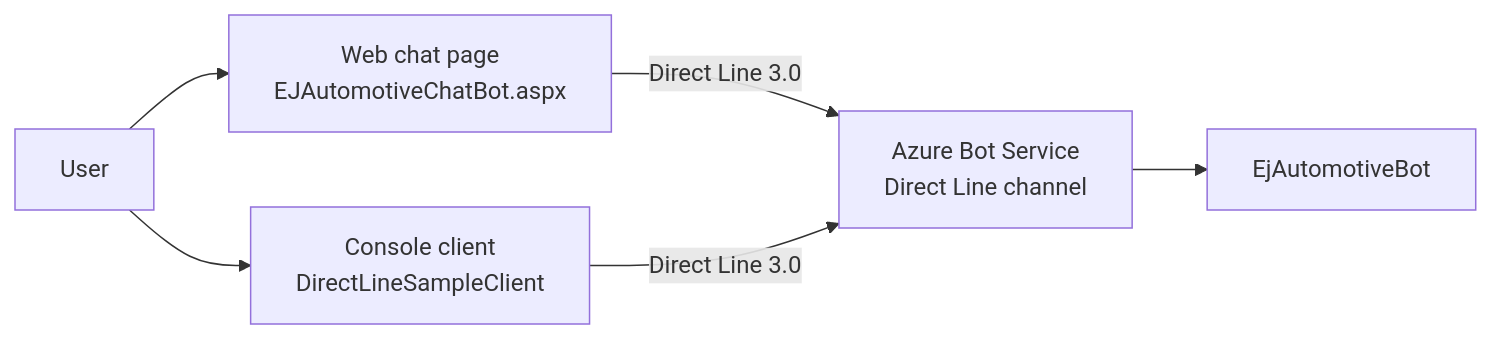
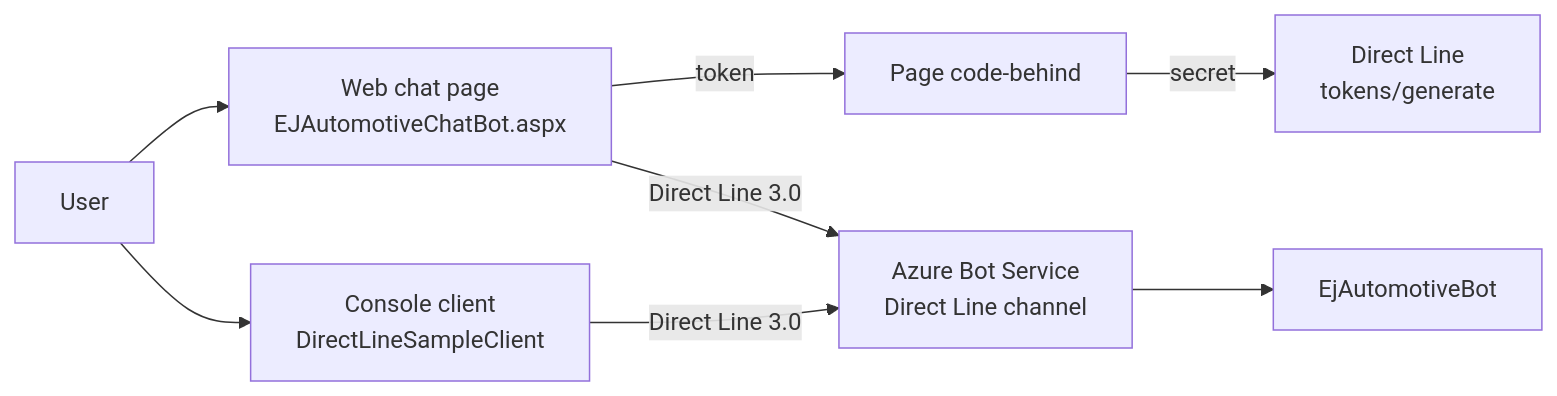
Before and after one commit to Mo7a82/DirectLine-Automotive: the diagram in README.md, drawn with Mermaid. The commit also changed other lines of this file and 26 other files, not shown here.

Commit message:
DirectLine-Automotive Updates as of 18-FEB-2019

````diff
--- a/README.md
+++ b/README.md
@@ -38,8 +34,10 @@
 ```mermaid
 flowchart LR
     U[User] --> W[Web chat page<br/>EJAutomotiveChatBot.aspx]
     U --> C[Console client<br/>DirectLineSampleClient]
+    W -->|token| S[Page code-behind]
+    S -->|secret| T[Direct Line<br/>tokens/generate]
     W -->|Direct Line 3.0| DL[Azure Bot Service<br/>Direct Line channel]
     C -->|Direct Line 3.0| DL
     DL --> B[EjAutomotiveBot]
 ```
````
